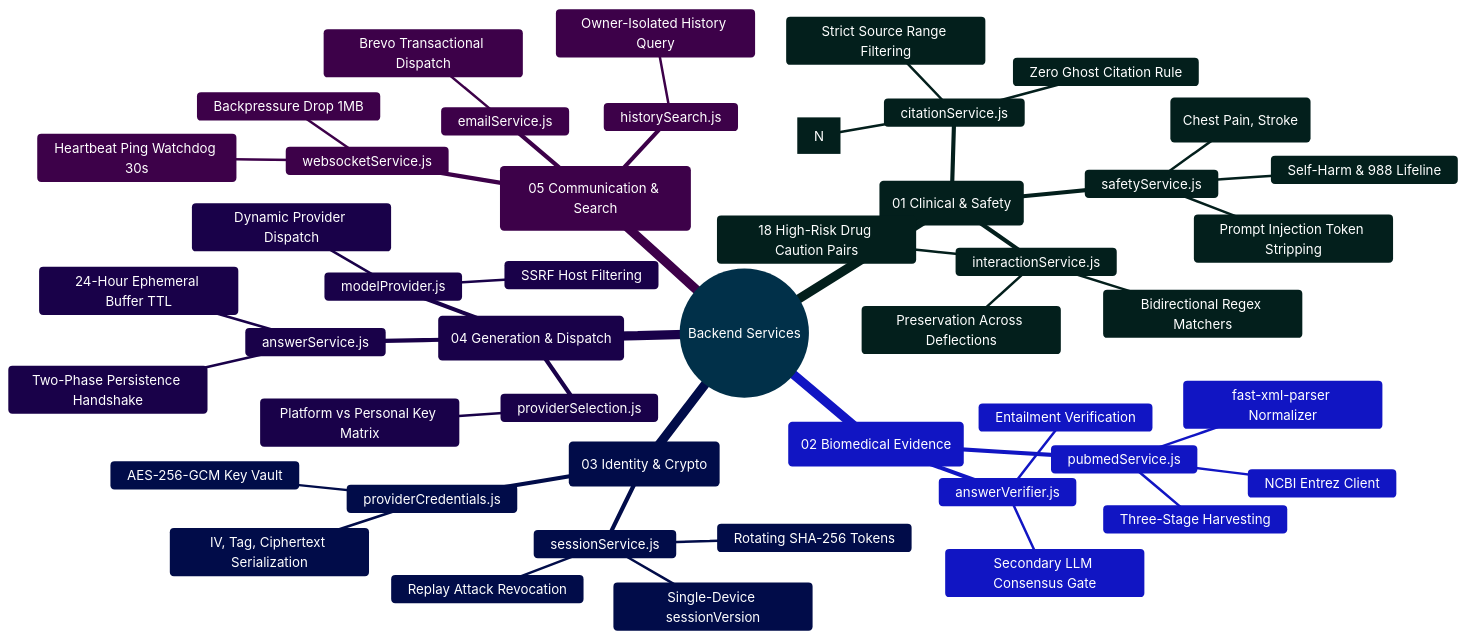
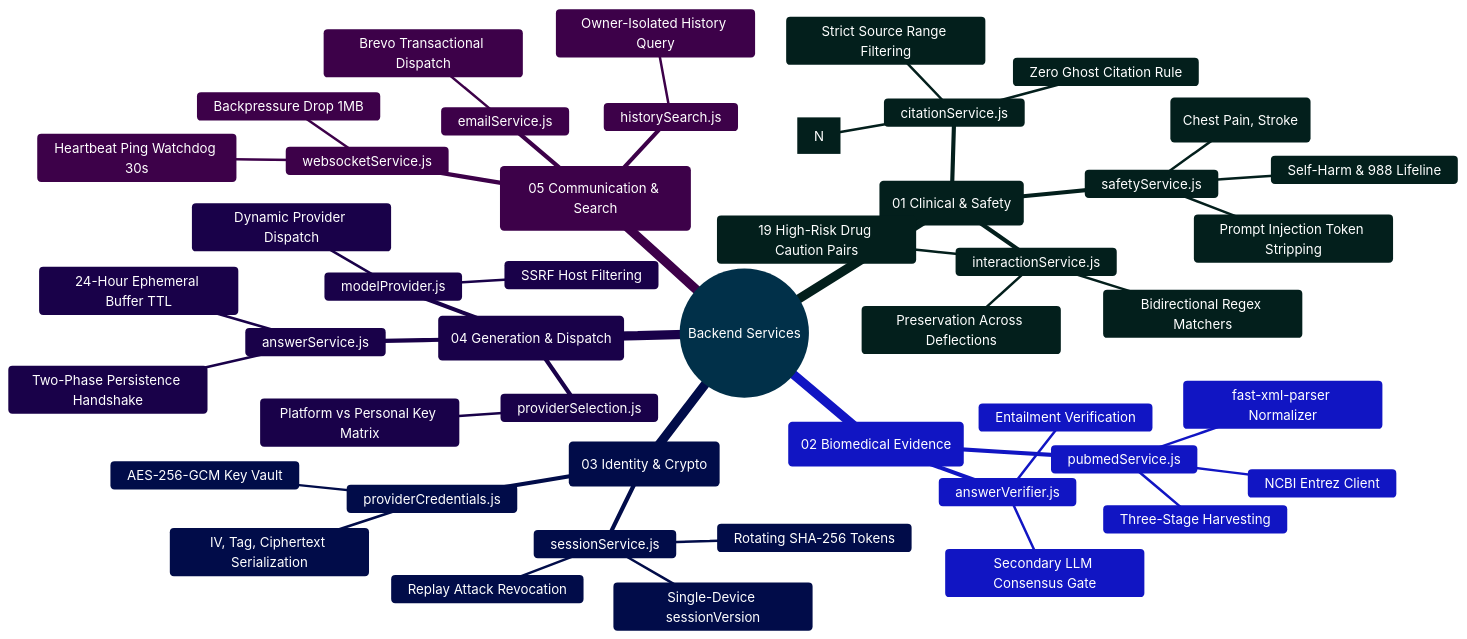
One commit to Ganesh172919/React-App-LLM changed the diagram in backend/services/README.md. Above: the diagram before and after it, drawn with Mermaid. The commit also changed other lines of this file and 19 other files, not shown here.

````diff
--- a/backend/services/README.md
+++ b/backend/services/README.md
@@ -65,52 +65,52 @@
 ```mermaid
 %%{init: {'theme': 'base', 'themeVariables': { 'primaryColor': '#0284c7', 'primaryTextColor': '#ffffff', 'primaryBorderColor': '#0369a1', 'lineColor': '#0284c7', 'secondaryColor': '#0d9488', 'tertiaryColor': '#6366f1' }}}%%
 mindmap
   root((Backend Services))
     ::icon(fa fa-server)
     (01 Clinical & Safety)
       safetyService.js
         Self-Harm & 988 Lifeline
         Emergency Deflections (Chest Pain, Stroke)
         Prompt Injection Token Stripping
       interactionService.js
-        18 High-Risk Drug Caution Pairs
+        19 High-Risk Drug Caution Pairs
         Bidirectional Regex Matchers
         Preservation Across Deflections
       citationService.js
         Numerical Bracket Matcher [N]
         Zero Ghost Citation Rule
         Strict Source Range Filtering
     (02 Biomedical Evidence)
       pubmedService.js
         NCBI Entrez Client
         Three-Stage Harvesting
         fast-xml-parser Normalizer
       answerVerifier.js
         Secondary LLM Consensus Gate
         Entailment Verification
     (03 Identity & Crypto)
       sessionService.js
         Single-Device sessionVersion
         Rotating SHA-256 Tokens
         Replay Attack Revocation
       providerCredentials.js
         AES-256-GCM Key Vault
         IV, Tag, Ciphertext Serialization
     (04 Generation & Dispatch)
       answerService.js
         Two-Phase Persistence Handshake
         24-Hour Ephemeral Buffer TTL
       modelProvider.js
         Dynamic Provider Dispatch
         SSRF Host Filtering
       providerSelection.js
         Platform vs Personal Key Matrix
     (05 Communication & Search)
       websocketService.js
         Heartbeat Ping Watchdog 30s
         Backpressure Drop 1MB
       historySearch.js
         Owner-Isolated History Query
       emailService.js
         Brevo Transactional Dispatch
 ```
````
